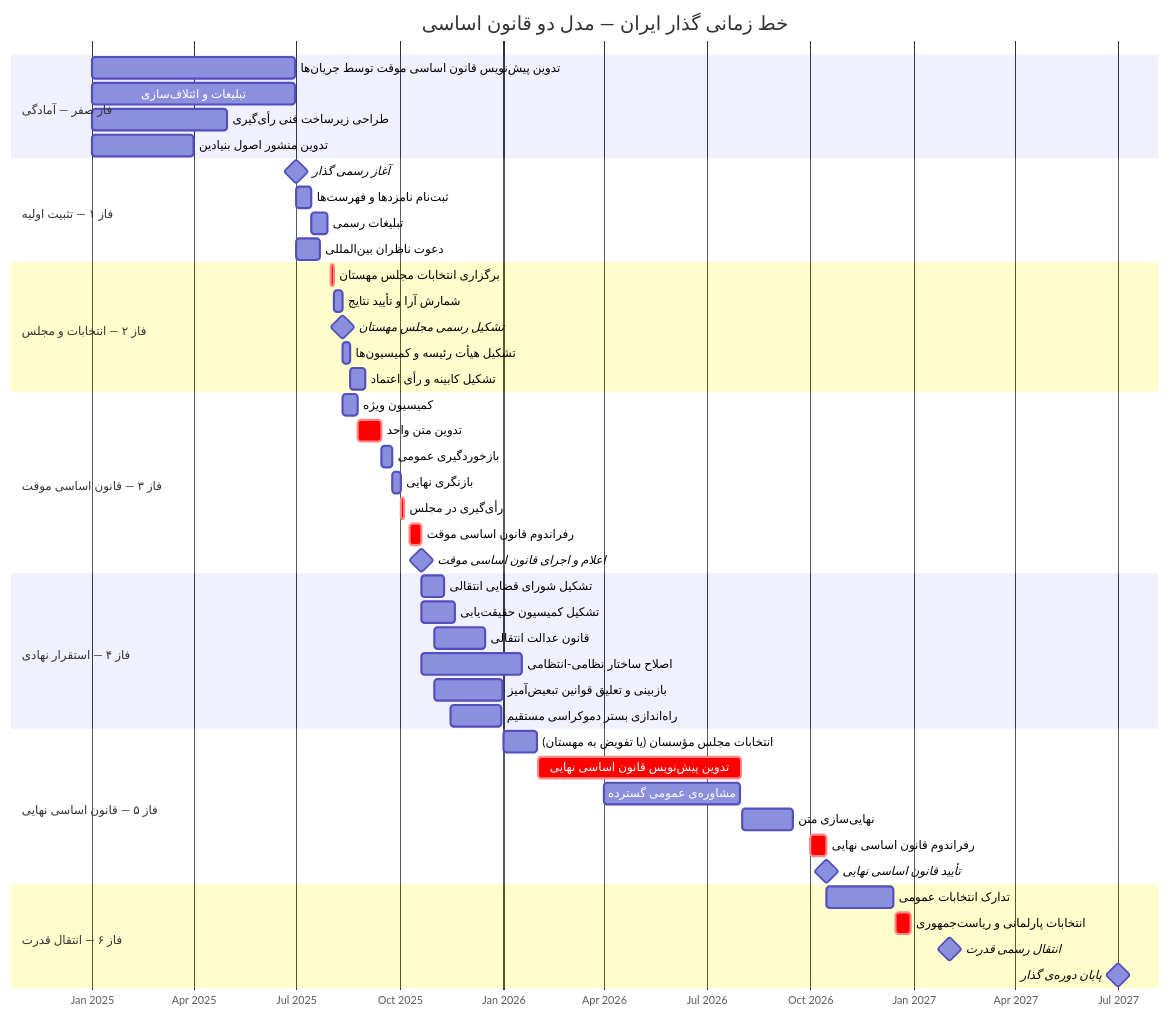
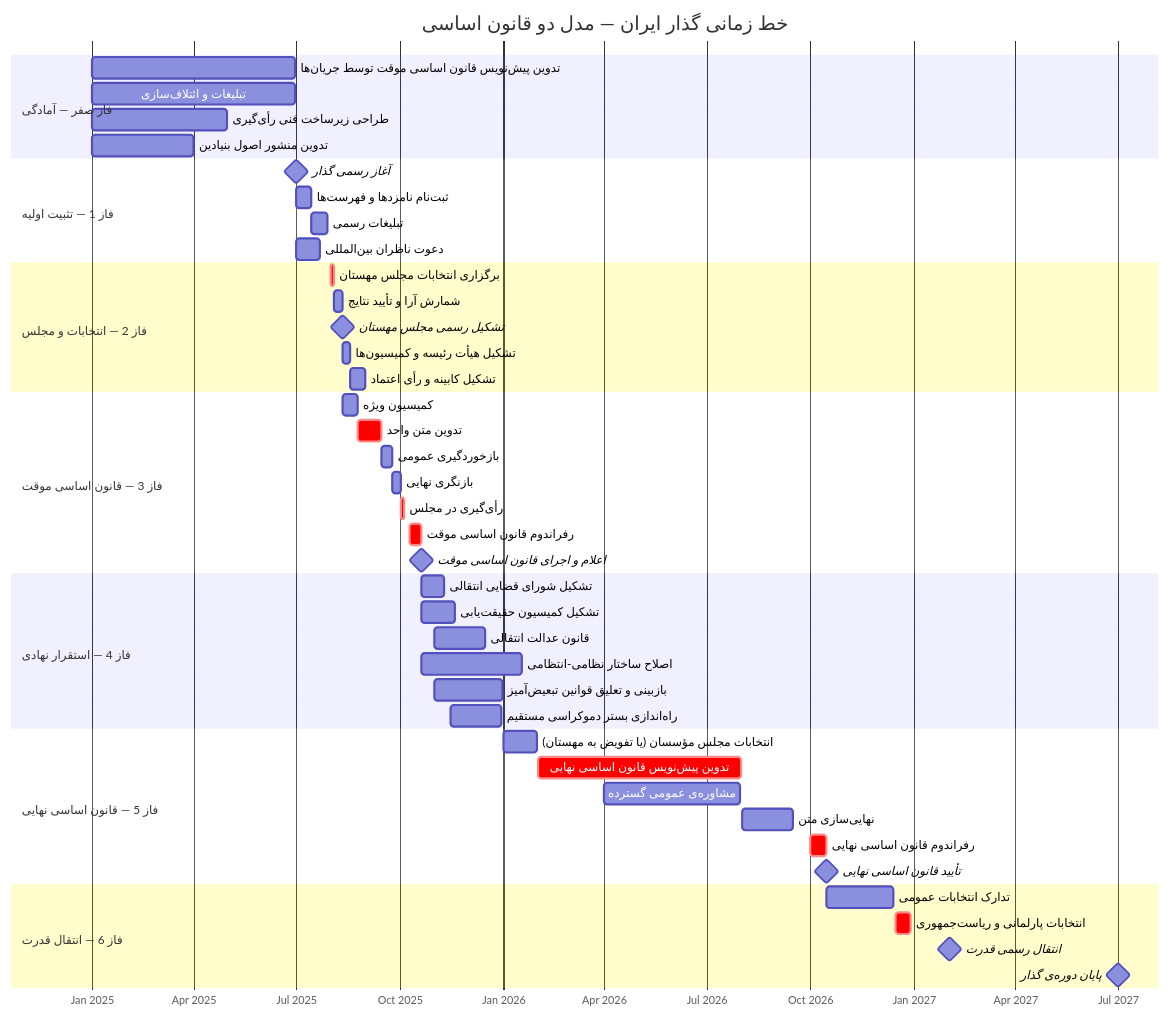
Before and after one commit to mahhdy/MahdiSalem.com: diagram 11 of 53 in src/content/statements/fa/democratic-transition.md, drawn with Mermaid. The commit also changed other lines of this file and 37 other files, not shown here.

Commit message:
Fix Mermaid diagram interactions, styling, and fullscreen zooming

````diff
--- a/src/content/statements/fa/democratic-transition.md
+++ b/src/content/statements/fa/democratic-transition.md
@@ -1313,56 +1313,56 @@
 ```mermaid
 gantt
     title خط زمانی گذار ایران — مدل دو قانون اساسی
     dateFormat  YYYY-MM-DD
     axisFormat  %b %Y
 
     section فاز صفر — آمادگی
     تدوین پیش‌نویس قانون اساسی موقت توسط جریان‌ها :a0, 2025-01-01, 180d
     تبلیغات و ائتلاف‌سازی                         :a1, 2025-01-01, 180d
     طراحی زیرساخت فنی رأی‌گیری                   :a2, 2025-01-01, 120d
     تدوین منشور اصول بنیادین                       :a3, 2025-01-01, 90d
 
-    section فاز ۱ — تثبیت اولیه
+    section فاز 1 — تثبیت اولیه
     آغاز رسمی گذار                                :milestone, m1, 2025-07-01, 0d
     ثبت‌نام نامزدها و فهرست‌ها                      :b1, 2025-07-01, 14d
     تبلیغات رسمی                                   :b2, 2025-07-15, 14d
     دعوت ناظران بین‌المللی                         :b3, 2025-07-01, 21d
 
-    section فاز ۲ — انتخابات و مجلس
+    section فاز 2 — انتخابات و مجلس
     برگزاری انتخابات مجلس مهستان                  :crit, c1, 2025-08-01, 3d
     شمارش آرا و تأیید نتایج                        :c2, 2025-08-04, 7d
     تشکیل رسمی مجلس مهستان                       :milestone, m2, 2025-08-11, 0d
     تشکیل هیأت رئیسه و کمیسیون‌ها                :c3, 2025-08-11, 7d
     تشکیل کابینه و رأی اعتماد                     :c4, 2025-08-18, 14d
 
-    section فاز ۳ — قانون اساسی موقت
+    section فاز 3 — قانون اساسی موقت
     کمیسیون ویژه: جمع‌آوری پیش‌نویس‌ها              :d1, 2025-08-11, 14d
     تدوین متن واحد                                 :crit, d2, 2025-08-25, 21d
     بازخوردگیری عمومی                              :d3, 2025-09-15, 10d
     بازنگری نهایی                                  :d4, 2025-09-25, 7d
     رأی‌گیری در مجلس                               :crit, d5, 2025-10-02, 3d
     رفراندوم قانون اساسی موقت                      :crit, d6, 2025-10-10, 10d
     اعلام و اجرای قانون اساسی موقت                :milestone, m3, 2025-10-20, 0d
 
-    section فاز ۴ — استقرار نهادی
+    section فاز 4 — استقرار نهادی
     تشکیل شورای قضایی انتقالی                     :e1, 2025-10-20, 21d
     تشکیل کمیسیون حقیقت‌یابی                       :e2, 2025-10-20, 30d
     قانون عدالت انتقالی                             :e3, 2025-11-01, 45d
     اصلاح ساختار نظامی-انتظامی                     :e4, 2025-10-20, 90d
     بازبینی و تعلیق قوانین تبعیض‌آمیز               :e5, 2025-11-01, 60d
     راه‌اندازی بستر دموکراسی مستقیم                :e6, 2025-11-15, 45d
 
-    section فاز ۵ — قانون اساسی نهایی
+    section فاز 5 — قانون اساسی نهایی
     انتخابات مجلس مؤسسان (یا تفویض به مهستان)    :f1, 2026-01-01, 30d
     تدوین پیش‌نویس قانون اساسی نهایی               :crit, f2, 2026-02-01, 180d
     مشاوره‌ی عمومی گسترده                          :f3, 2026-04-01, 120d
     نهایی‌سازی متن                                 :f4, 2026-08-01, 45d
     رفراندوم قانون اساسی نهایی                     :crit, f5, 2026-10-01, 14d
     تأیید قانون اساسی نهایی                        :milestone, m4, 2026-10-15, 0d
 
-    section فاز ۶ — انتقال قدرت
+    section فاز 6 — انتقال قدرت
     تدارک انتخابات عمومی                           :g1, 2026-10-15, 60d
     انتخابات پارلمانی و ریاست‌جمهوری               :crit, g2, 2026-12-15, 14d
     انتقال رسمی قدرت                               :milestone, m5, 2027-02-01, 0d
     پایان دوره‌ی گذار                              :milestone, m6, 2027-07-01, 0d
 ```
````
